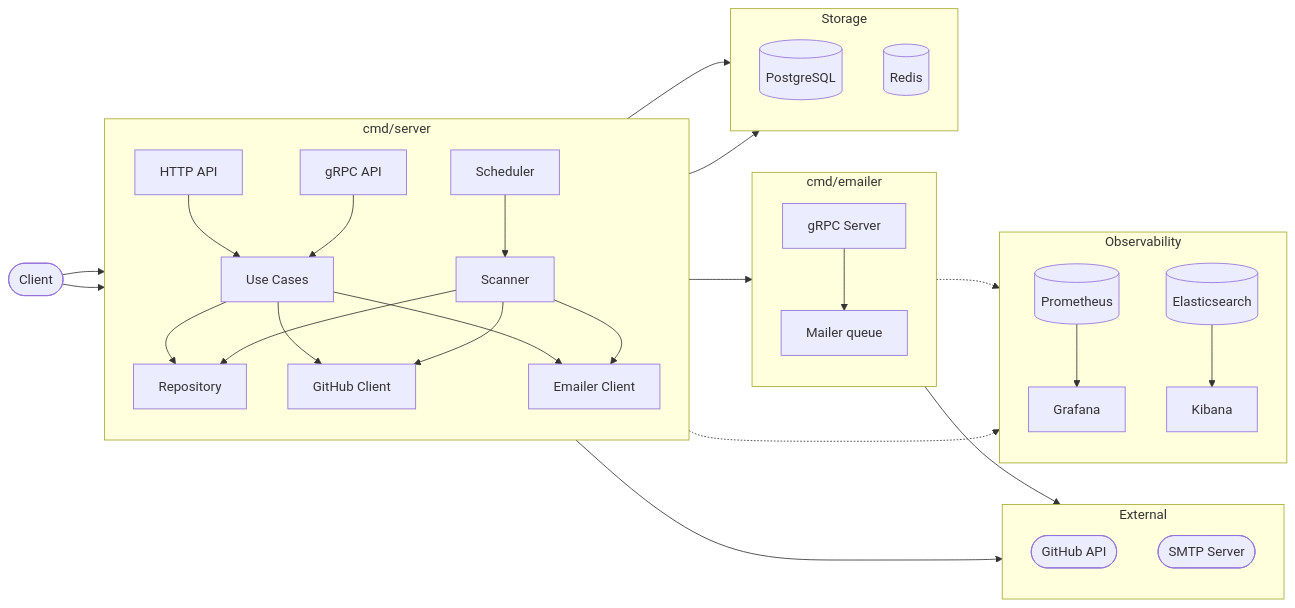
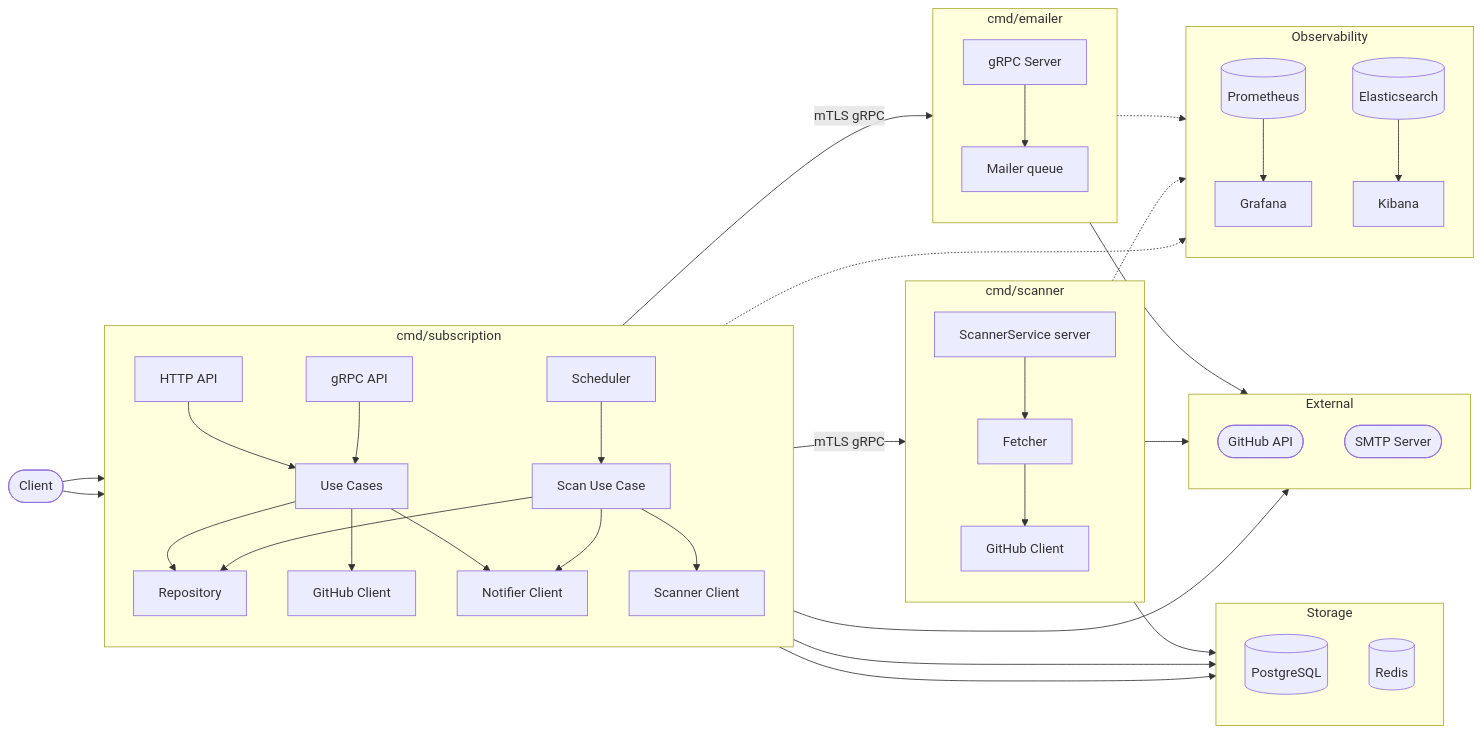
One commit to GenesisEducationKyiv/software-engineering-school-6-0-mzabrodin changed the first of 4 diagrams in docs/sdd.md. Above: the diagram before and after it, drawn with Mermaid. The commit also changed other lines of this file, not shown here.

Commit message:
refactor(docs): update SDD to reflect scanner extraction and clarify architecture of subscription app

````diff
--- a/docs/sdd.md
+++ b/docs/sdd.md
@@ -54,56 +56,66 @@
 ```mermaid
 flowchart LR
     User([Client])
 
-    subgraph app[cmd/server]
+    subgraph app[cmd/subscription]
         direction TB
         HTTP[HTTP API]
         GRPC[gRPC API]
         UC[Use Cases]
         Scheduler[Scheduler]
-        Scanner[Scanner]
+        ScanUC[Scan Use Case]
+        ScannerClient[Scanner Client]
         Repo[Repository]
         GHClient[GitHub Client]
-        EmailerClient[Emailer Client]
+        NotifierClient[Notifier Client]
+    end
+
+    subgraph scanner[cmd/scanner]
+        direction TB
+        ScannerServer[ScannerService server]
+        Fetcher[Fetcher]
+        ScanGHClient[GitHub Client]
     end
 
     subgraph emailer[cmd/emailer]
         direction TB
         EmailerServer[gRPC Server]
         Mailer[Mailer queue]
     end
 
     subgraph storage[Storage]
         direction TB
         DB[(PostgreSQL)]
         Redis[(Redis)]
     end
 
     subgraph external[External]
         direction TB
         GHAPI([GitHub API])
         SMTP([SMTP Server])
     end
 
     subgraph obs[Observability]
         direction TB
         Prom[(Prometheus)] --> Graf[Grafana]
         ES[(Elasticsearch)] --> Kib[Kibana]
     end
 
     User --> HTTP & GRPC
     HTTP --> UC
     GRPC --> UC
-    Scheduler --> Scanner
-    UC --> Repo & GHClient & EmailerClient
-    Scanner --> Repo & GHClient & EmailerClient
-    EmailerClient --> EmailerServer --> Mailer
-
+    UC --> Repo & GHClient & NotifierClient
+    Scheduler --> ScanUC
+    ScanUC --> Repo & ScannerClient & NotifierClient
+    ScannerClient -->|mTLS gRPC| ScannerServer --> Fetcher --> ScanGHClient
+    NotifierClient -->|mTLS gRPC| EmailerServer --> Mailer
     Repo --> DB
     GHClient --> Redis
+    ScanGHClient --> Redis
     GHClient --> GHAPI
+    ScanGHClient --> GHAPI
     Mailer --> SMTP
-
     app -.-> obs
+    scanner -.-> obs
     emailer -.-> obs
 ```
````
